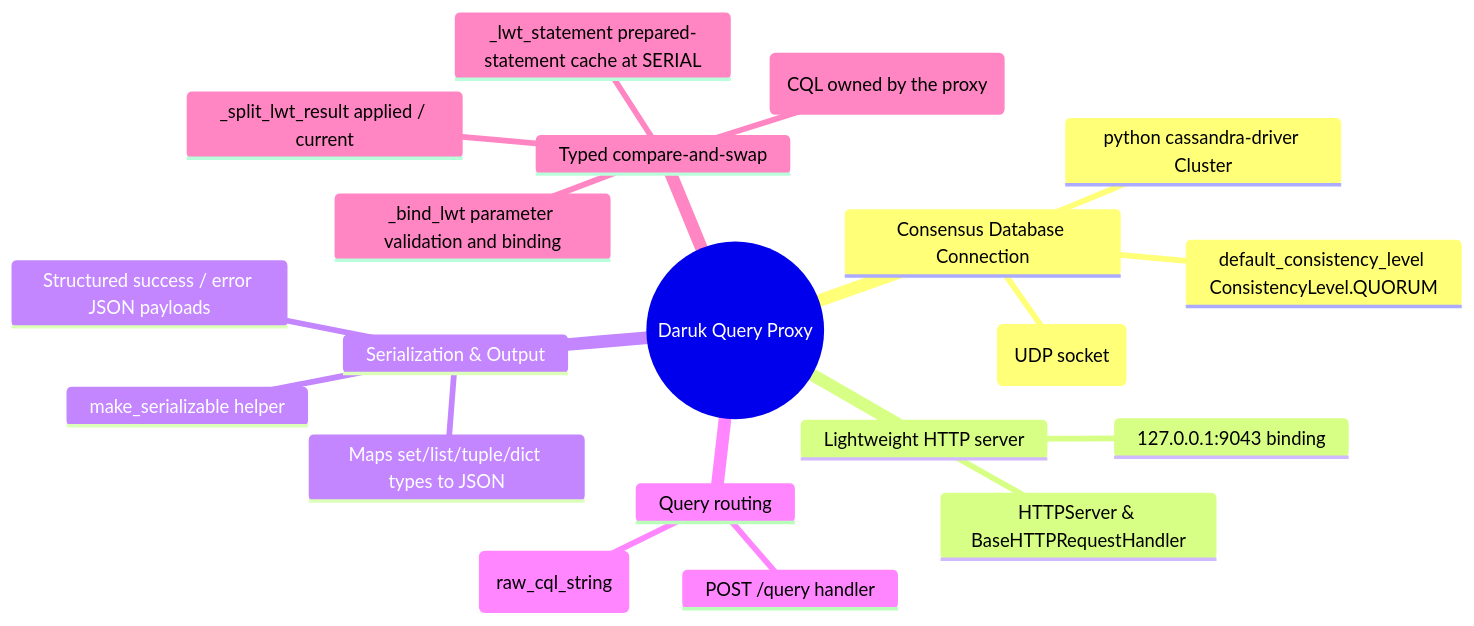
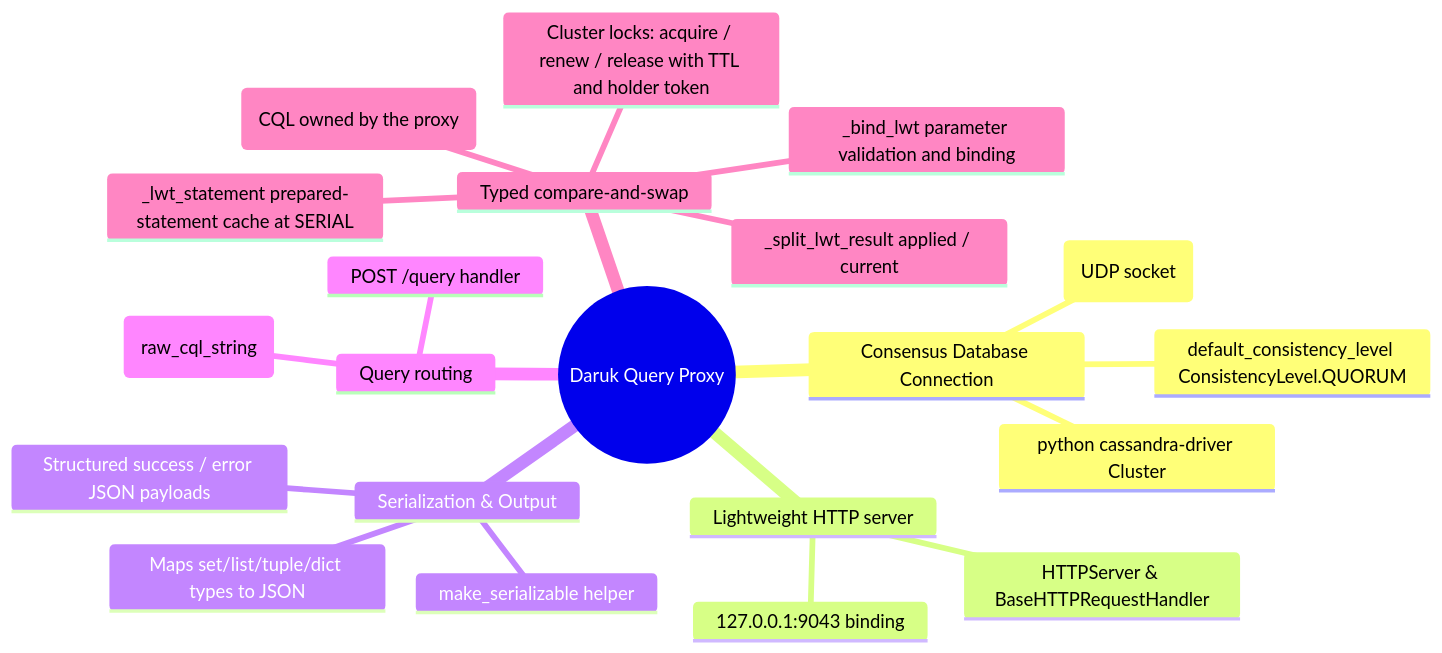
Before and after one commit to AuroraRyunix/Helios-HCI: the diagram in docs/daruk_technical.md, drawn with Mermaid. The commit also changed other lines of this file and 18 other files, not shown here.

````diff
--- a/docs/daruk_technical.md
+++ b/docs/daruk_technical.md
@@ -7,23 +7,24 @@
 ```mermaid
 mindmap
   root((Daruk Query Proxy))
     Consensus Database Connection
       python cassandra-driver Cluster
       LOCAL_IP dynamic resolution (UDP socket)
       default_consistency_level ConsistencyLevel.QUORUM
     Lightweight HTTP server
       127.0.0.1:9043 binding
       HTTPServer & BaseHTTPRequestHandler
     Serialization & Output
       make_serializable helper
       Maps set/list/tuple/dict types to JSON
       Structured success / error JSON payloads
     Query routing
       POST /query handler
       session.execute(raw_cql_string)
     Typed compare-and-swap
       LWT_OPS operation table (CQL owned by the proxy)
       _bind_lwt parameter validation and binding
       _lwt_statement prepared-statement cache at SERIAL
       _split_lwt_result applied / current
+      Cluster locks: acquire / renew / release with TTL and holder token
 ```
````
